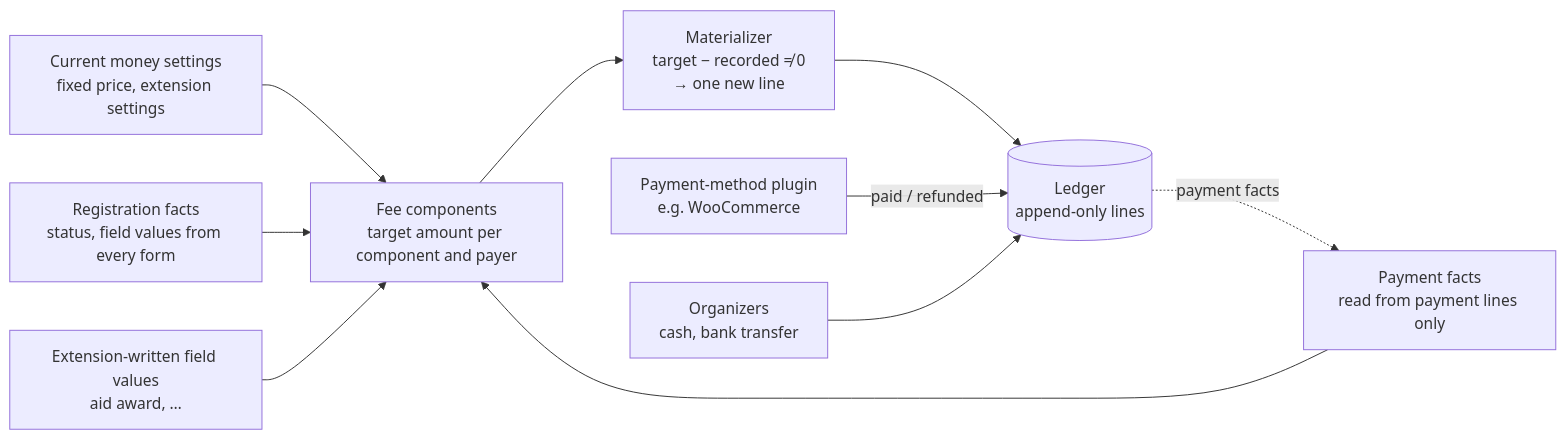
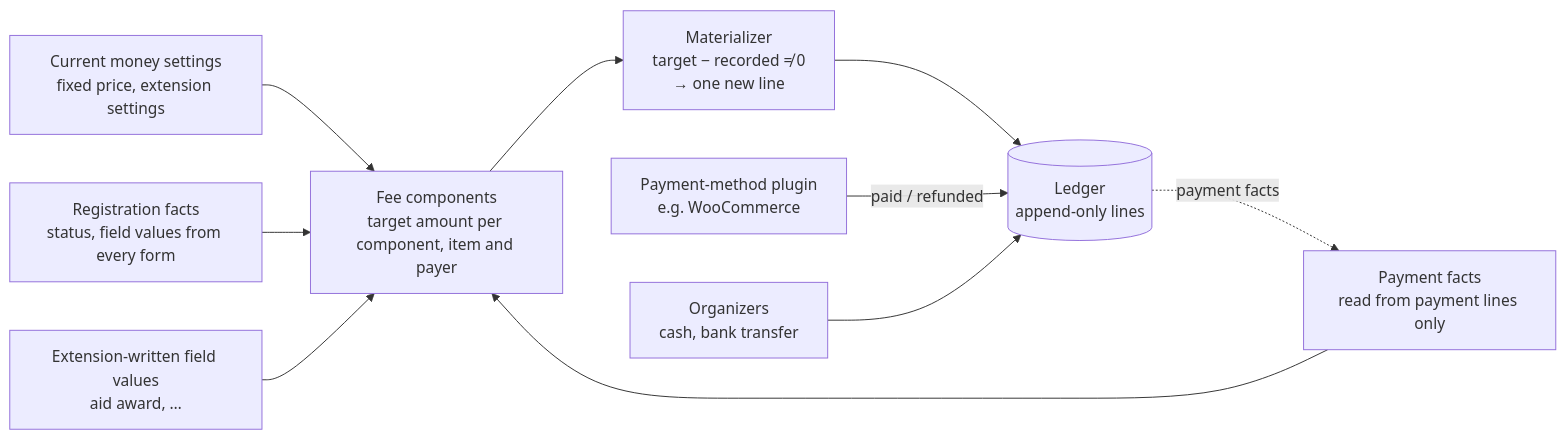
The first of 2 diagrams in docs/architecture/money.md (reformatus/kalaka), drawn with Mermaid before and after one commit. The commit also changed 6 other files, not shown here.

Commit message:
Money: the T markers of the new strings match their boxes, per-item wording, a several-fees cost test (review of S22 topic 10)

````diff
--- a/docs/architecture/money.md
+++ b/docs/architecture/money.md
@@ -316,12 +316,12 @@
 ```mermaid
 flowchart LR
   S["Current money settings<br/>fixed price, extension settings"] --> R
   F["Registration facts<br/>status, field values from every form"] --> R
   X["Extension-written field values<br/>aid award, …"] --> R
   PF["Payment facts<br/>read from payment lines only"] --> R
-  R["Fee components<br/>target amount per component and payer"] --> MZ["Materializer<br/>target − recorded ≠ 0<br/>→ one new line"]
+  R["Fee components<br/>target amount per component, item and payer"] --> MZ["Materializer<br/>target − recorded ≠ 0<br/>→ one new line"]
   MZ --> L[("Ledger<br/>append-only lines")]
   PM["Payment-method plugin<br/>e.g. WooCommerce"] -->|"paid / refunded"| L
   ST["Organizers<br/>cash, bank transfer"] --> L
   L -. "payment facts" .-> PF
 ```
````
